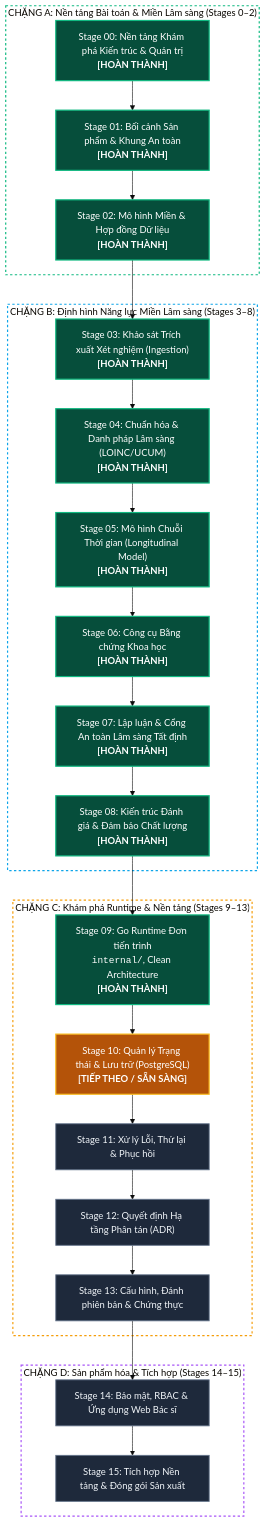
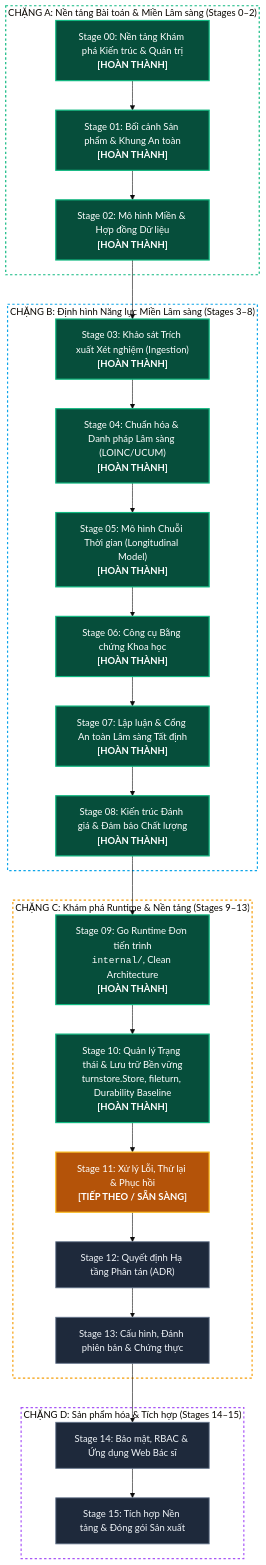
The third of 9 diagrams in README.vi.md (DuyVuux/BiolyzerAgent), drawn with Mermaid (base theme) before and after one commit. The commit also changed other lines of this file and 1 other file, not shown here.

Commit message:
docs(stage-10): update English and Vietnamese READMEs with Stage 10 state & persistence architecture and verification

````diff
--- a/README.vi.md
+++ b/README.vi.md
@@ -119,38 +120,38 @@
 ```mermaid
 flowchart TD
     classDef done fill:#064e3b,stroke:#10b981,stroke-width:2px,color:#ffffff;
     classDef current fill:#b45309,stroke:#fbbf24,stroke-width:2px,color:#ffffff;
     classDef queued fill:#1e293b,stroke:#64748b,stroke-width:1.5px,color:#f1f5f9;
 
     subgraph PhaseA["CHẶNG A: Nền tảng Bài toán & Miền Lâm sàng (Stages 0–2)"]
         S0["Stage 00: Nền tảng Khám phá Kiến trúc & Quản trị<br/><b>[HOÀN THÀNH]</b>"]:::done --> S1["Stage 01: Bối cảnh Sản phẩm & Khung An toàn<br/><b>[HOÀN THÀNH]</b>"]:::done
         S1 --> S2["Stage 02: Mô hình Miền & Hợp đồng Dữ liệu<br/><b>[HOÀN THÀNH]</b>"]:::done
     end
 
     subgraph PhaseB["CHẶNG B: Định hình Năng lực Miền Lâm sàng (Stages 3–8)"]
         S2 --> S3["Stage 03: Khảo sát Trích xuất Xét nghiệm (Ingestion)<br/><b>[HOÀN THÀNH]</b>"]:::done
         S3 --> S4["Stage 04: Chuẩn hóa & Danh pháp Lâm sàng (LOINC/UCUM)<br/><b>[HOÀN THÀNH]</b>"]:::done
         S4 --> S5["Stage 05: Mô hình Chuỗi Thời gian (Longitudinal Model)<br/><b>[HOÀN THÀNH]</b>"]:::done
         S5 --> S6["Stage 06: Công cụ Bằng chứng Khoa học<br/><b>[HOÀN THÀNH]</b>"]:::done
         S6 --> S7["Stage 07: Lập luận & Cổng An toàn Lâm sàng Tất định<br/><b>[HOÀN THÀNH]</b>"]:::done
         S7 --> S8["Stage 08: Kiến trúc Đánh giá & Đảm bảo Chất lượng<br/><b>[HOÀN THÀNH]</b>"]:::done
     end
 
     subgraph PhaseC["CHẶNG C: Khám phá Runtime & Nền tảng (Stages 9–13)"]
         S8 --> S9["Stage 09: Go Runtime Đơn tiến trình<br/><code>internal/</code>, Clean Architecture<br/><b>[HOÀN THÀNH]</b>"]:::done
-        S9 --> S10["Stage 10: Quản lý Trạng thái & Lưu trữ (PostgreSQL)<br/><b>[TIẾP THEO / SẴN SÀNG]</b>"]:::current
-        S10 --> S11["Stage 11: Xử lý Lỗi, Thử lại & Phục hồi"]:::queued
+        S9 --> S10["Stage 10: Quản lý Trạng thái & Lưu trữ Bền vững<br/>turnstore.Store, fileturn, Durability Baseline<br/><b>[HOÀN THÀNH]</b>"]:::done
+        S10 --> S11["Stage 11: Xử lý Lỗi, Thử lại & Phục hồi<br/><b>[TIẾP THEO / SẴN SÀNG]</b>"]:::current
         S11 --> S12["Stage 12: Quyết định Hạ tầng Phân tán (ADR)"]:::queued
         S12 --> S13["Stage 13: Cấu hình, Đánh phiên bản & Chứng thực"]:::queued
     end
 
     subgraph PhaseD["CHẶNG D: Sản phẩm hóa & Tích hợp (Stages 14–15)"]
         S13 --> S14["Stage 14: Bảo mật, RBAC & Ứng dụng Web Bác sĩ"]:::queued
         S14 --> S15["Stage 15: Tích hợp Nền tảng & Đóng gói Sản xuất"]:::queued
     end
 
     style PhaseA fill:none,stroke:#10b981,stroke-width:2px,stroke-dasharray: 4 4;
     style PhaseB fill:none,stroke:#0ea5e9,stroke-width:2px,stroke-dasharray: 4 4;
     style PhaseC fill:none,stroke:#f59e0b,stroke-width:2px,stroke-dasharray: 4 4;
     style PhaseD fill:none,stroke:#a855f7,stroke-width:2px,stroke-dasharray: 4 4;
 ```
````
